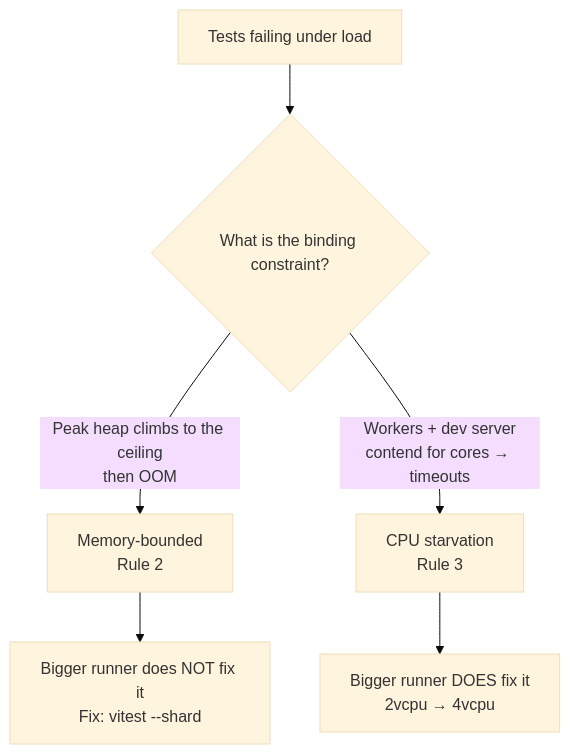
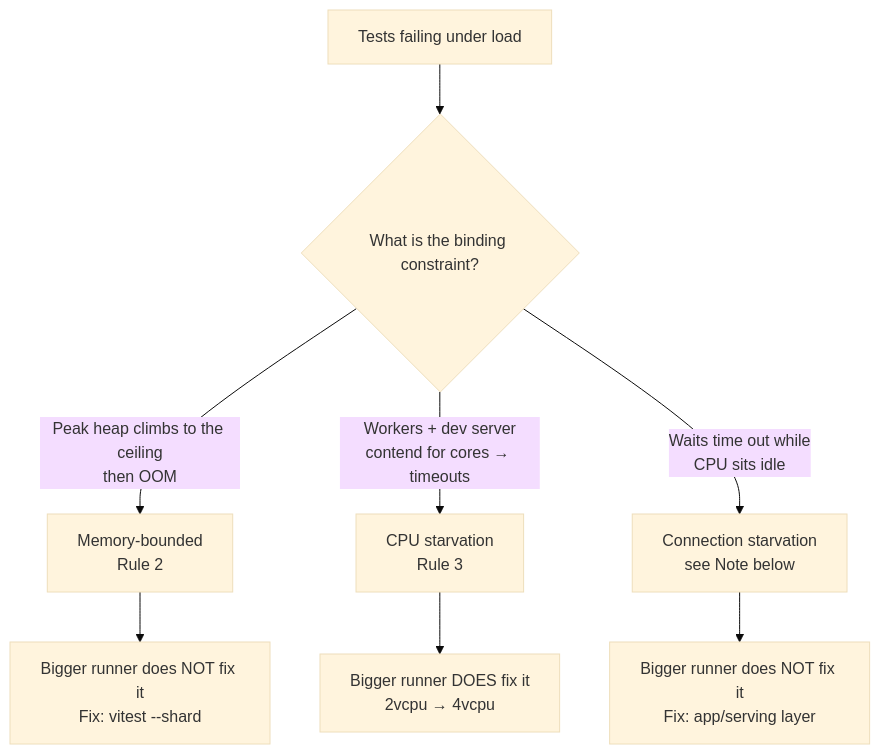
Before and after one commit to Takazudo/zudo-test-wisdom: the diagram in src/content/docs/tools-reference/ci-runner-sizing.mdx, drawn with Mermaid (base theme). The commit also changed other lines of this file and 7 other files, not shown here.

````diff
--- a/src/content/docs/tools-reference/ci-runner-sizing.mdx
+++ b/src/content/docs/tools-reference/ci-runner-sizing.mdx
@@ -148,8 +148,10 @@
 ```mermaid
 flowchart TD
   A[Tests failing under load] --> B{What is the binding constraint?}
   B -->|Peak heap climbs to the ceiling<br/>then OOM| C[Memory-bounded<br/>Rule 2]
   B -->|Workers + dev server<br/>contend for cores → timeouts| D[CPU starvation<br/>Rule 3]
+  B -->|Waits time out while<br/>CPU sits idle| E[Connection starvation<br/>see Note below]
   C --> C1[Bigger runner does NOT fix it<br/>Fix: vitest --shard]
   D --> D1[Bigger runner DOES fix it<br/>2vcpu → 4vcpu]
+  E --> E1[Bigger runner does NOT fix it<br/>Fix: app/serving layer]
 ```
````
